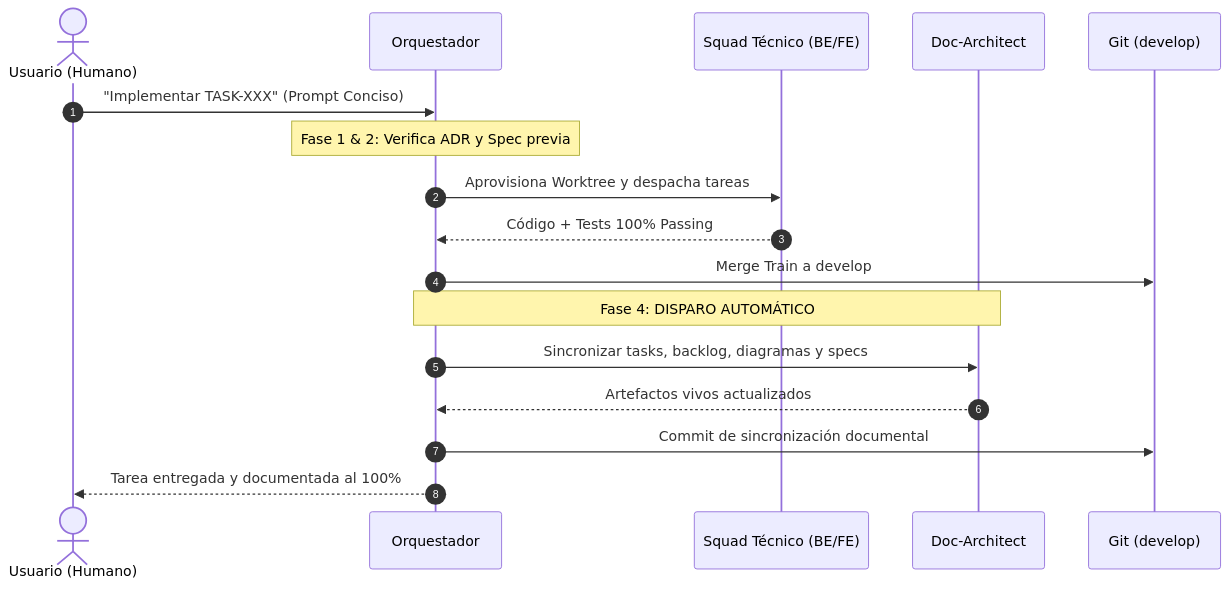
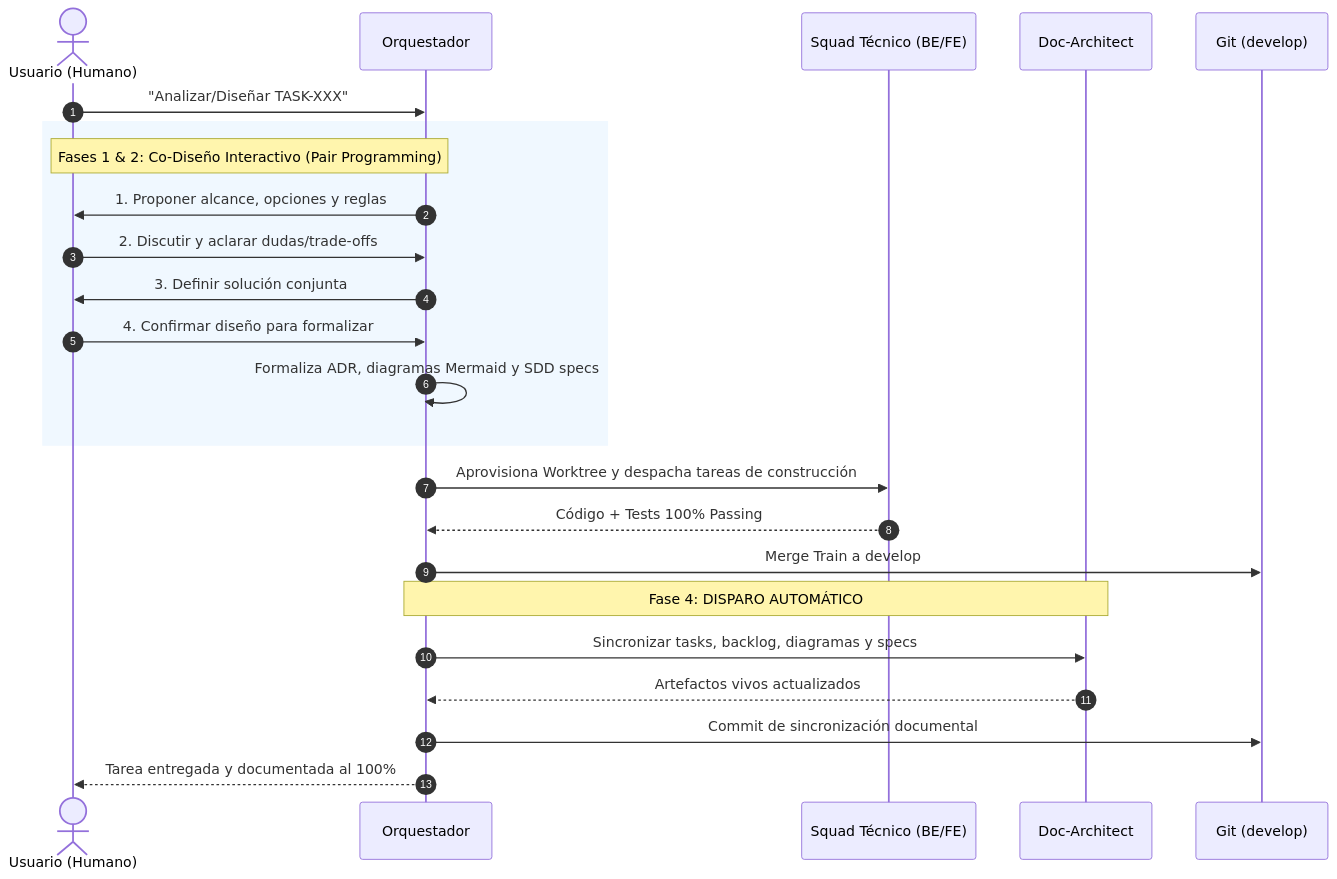
Before and after one commit to vakajose/gestion-restaurante: the second of 2 diagrams in .agents/rules/multi-agent-squad-protocol.md, drawn with Mermaid. The commit also changed other lines of this file and 1 other file, not shown here.

Commit message:
docs(rules): formalizar regla inviolable de co-diseno interactivo en fases 1 y 2 de SDD

````diff
--- a/.agents/rules/multi-agent-squad-protocol.md
+++ b/.agents/rules/multi-agent-squad-protocol.md
@@ -97,20 +97,27 @@
 ```mermaid
 sequenceDiagram
     autonumber
     actor User as Usuario (Humano)
     participant Master as Orquestador
     participant Tech as Squad Técnico (BE/FE)
     participant Doc as Doc-Architect
     participant Git as Git (develop)
 
-    User->>Master: "Implementar TASK-XXX" (Prompt Conciso)
-    Note over Master: Fase 1 & 2: Verifica ADR y Spec previa
-    Master->>Tech: Aprovisiona Worktree y despacha tareas
+    User->>Master: "Analizar/Diseñar TASK-XXX"
+    rect rgb(240, 248, 255)
+        Note over User,Master: Fases 1 & 2: Co-Diseño Interactivo (Pair Programming)
+        Master->>User: 1. Proponer alcance, opciones y reglas
+        User->>Master: 2. Discutir y aclarar dudas/trade-offs
+        Master->>User: 3. Definir solución conjunta
+        User->>Master: 4. Confirmar diseño para formalizar
+        Master->>Master: Formaliza ADR, diagramas Mermaid y SDD specs
+    end
+    Master->>Tech: Aprovisiona Worktree y despacha tareas de construcción
     Tech-->>Master: Código + Tests 100% Passing
     Master->>Git: Merge Train a develop
     Note over Master,Doc: Fase 4: DISPARO AUTOMÁTICO
     Master->>Doc: Sincronizar tasks, backlog, diagramas y specs
     Doc-->>Master: Artefactos vivos actualizados
     Master->>Git: Commit de sincronización documental
     Master-->>User: Tarea entregada y documentada al 100%
 ```
````
